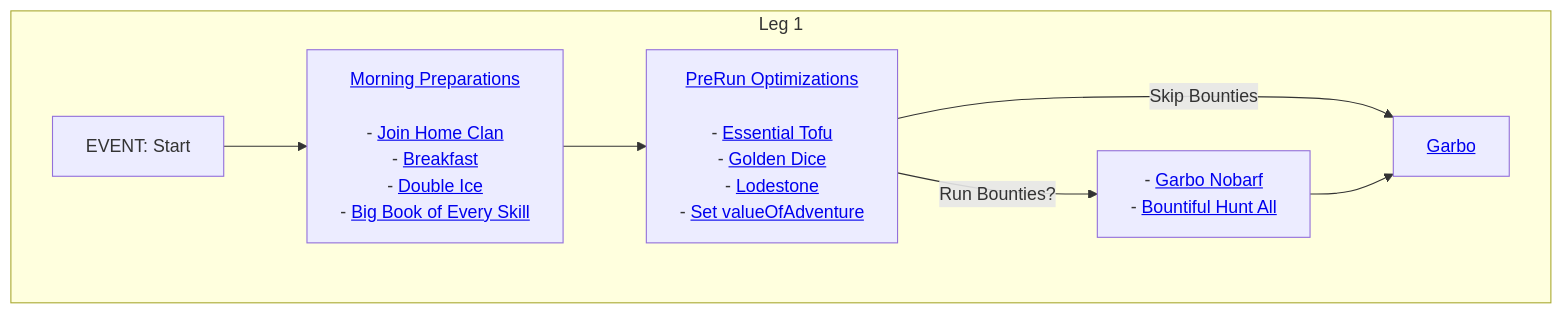
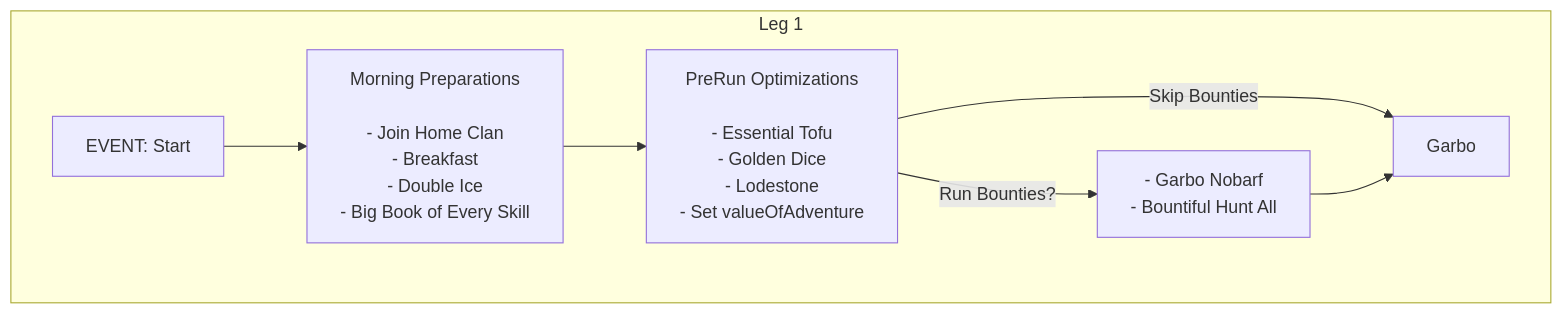
One commit to Glitched94/bLooper changed the diagram in docs/leg1.md. Above: the diagram before and after it, drawn with Mermaid. The commit also changed 2 other files, not shown here.

Commit message:
Removed links from mermaid charts

````diff
--- a/docs/leg1.md
+++ b/docs/leg1.md
@@ -3,11 +3,28 @@
 ```mermaid
 graph TD
     subgraph L1 [Leg 1]
         direction LR
-        A[EVENT: Start] --> B[<a href='/Glitched94/bLooper/blob/main/docs/leg1.md#morning-preparations'>Morning Preparations</a>\n\n- <a href='/Glitched94/bLooper/blob/main/docs/leg1.md#join-home-clan'>Join Home Clan</a>\n- <a href='/Glitched94/bLooper/blob/main/docs/leg1.md#breakfast'>Breakfast</a>\n- <a href='/Glitched94/bLooper/blob/main/docs/leg1.md#double-ice'>Double Ice</a>\n- <a href='/Glitched94/bLooper/blob/main/docs/leg1.md#big-book-of-every-skill'>Big Book of Every Skill</a>]
-        B --> C[<a href='/Glitched94/bLooper/blob/main/docs/leg1.md#prerun-optimizations'>PreRun Optimizations</a>\n\n- <a href='/Glitched94/bLooper/blob/main/docs/leg1.md#essential-tofu'>Essential Tofu</a>\n- <a href='/Glitched94/bLooper/blob/main/docs/leg1.md#golden-dice'>Golden Dice</a>\n- <a href='/Glitched94/bLooper/blob/main/docs/leg1.md#lodestone'>Lodestone</a>\n- <a href='/Glitched94/bLooper/blob/main/docs/leg1.md#set-valueofadventure'>Set valueOfAdventure</a>]
-        C -->|Run Bounties?| D1[- <a href='/Glitched94/bLooper/blob/main/docs/leg1.md#garbo-nobarf'>Garbo Nobarf</a>\n- <a href='/Glitched94/bLooper/blob/main/docs/leg1.md#bountiful'>Bountiful Hunt All</a>]
-        C -->|Skip Bounties| D2[<a href='/Glitched94/bLooper/blob/main/docs/leg1.md#garbo'>Garbo</a>]
+        A[EVENT: Start] --> B[
+          Morning Preparations
+        
+          - Join Home Clan
+          - Breakfast
+          - Double Ice
+          - Big Book of Every Skill
+          ]
+        B --> C[
+          PreRun Optimizations
+          
+          - Essential Tofu
+          - Golden Dice
+          - Lodestone
+          - Set valueOfAdventure
+          ]
+        C -->|Run Bounties?| D1[
+          - Garbo Nobarf
+          - Bountiful Hunt All
+          ]
+        C -->|Skip Bounties| D2[Garbo]
         D1 --> D2
     end
 ```
````
